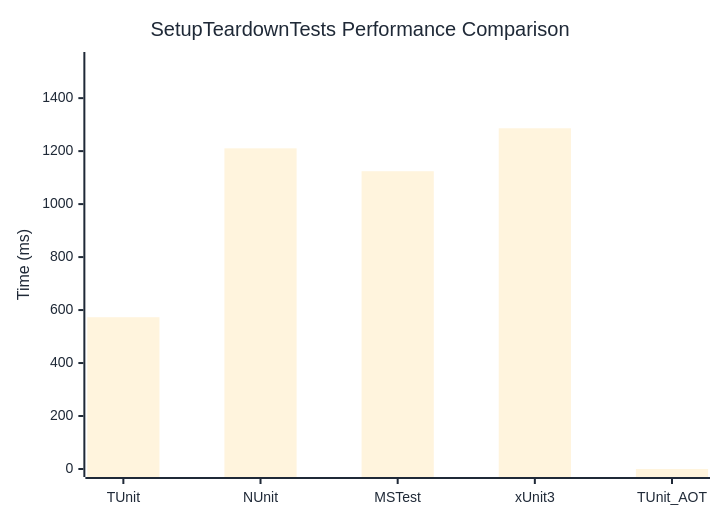
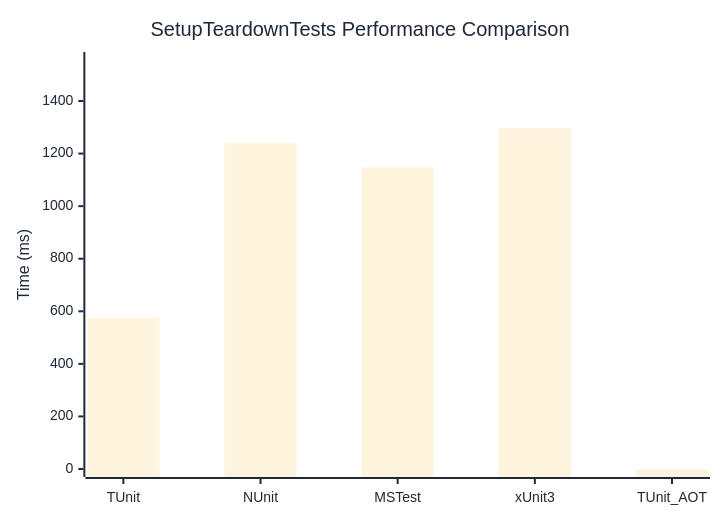
The diagram in docs/docs/benchmarks/SetupTeardownTests.md (thomhurst/TUnit), drawn with Mermaid before and after one commit. The commit also changed other lines of this file and 17 other files, not shown here.

````diff
--- a/docs/docs/benchmarks/SetupTeardownTests.md
+++ b/docs/docs/benchmarks/SetupTeardownTests.md
@@ -27,37 +27,37 @@
 ```mermaid
 %%{init: {
   'theme':'base',
   'themeVariables': {
     'primaryColor': '#2563eb',
     'primaryTextColor': '#1f2937',
     'primaryBorderColor': '#1e40af',
     'lineColor': '#6b7280',
     'secondaryColor': '#7c3aed',
     'tertiaryColor': '#dc2626',
     'background': '#ffffff',
     'mainBkg': '#2563eb',
     'secondBkg': '#7c3aed',
     'tertiaryBkg': '#dc2626',
     'clusterBkg': '#f3f4f6',
     'edgeLabelBackground': '#ffffff',
     'tertiaryTextColor': '#1f2937',
     'pie1': '#2563eb',
     'pie2': '#7c3aed',
     'pie3': '#dc2626',
     'pie4': '#f59e0b',
     'pie5': '#10b981',
     'pie6': '#06b6d4',
     'pie7': '#ec4899',
     'pie8': '#6366f1',
     'pie9': '#84cc16',
     'pie10': '#f97316',
     'pie11': '#14b8a6',
     'pie12': '#a855f7'
   }
 }}%%
 xychart-beta
   title "SetupTeardownTests Performance Comparison"
   x-axis ["TUnit", "NUnit", "MSTest", "xUnit3", "TUnit_AOT"]
-  y-axis "Time (ms)" 0 --> 1544
-  bar [573, 1210.5, 1124.1, 1286.2, 0]
+  y-axis "Time (ms)" 0 --> 1556
+  bar [575.8, 1240.7, 1147.6, 1296.4, 0]
 ```
````
